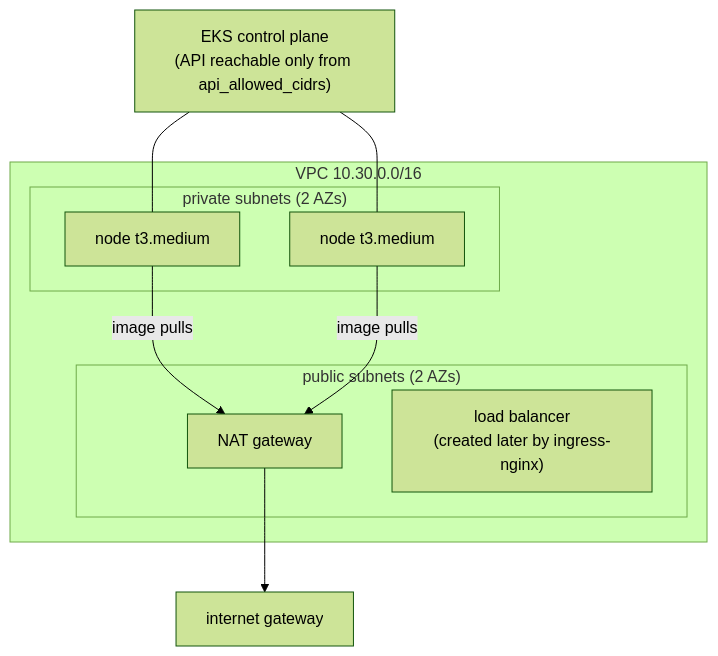
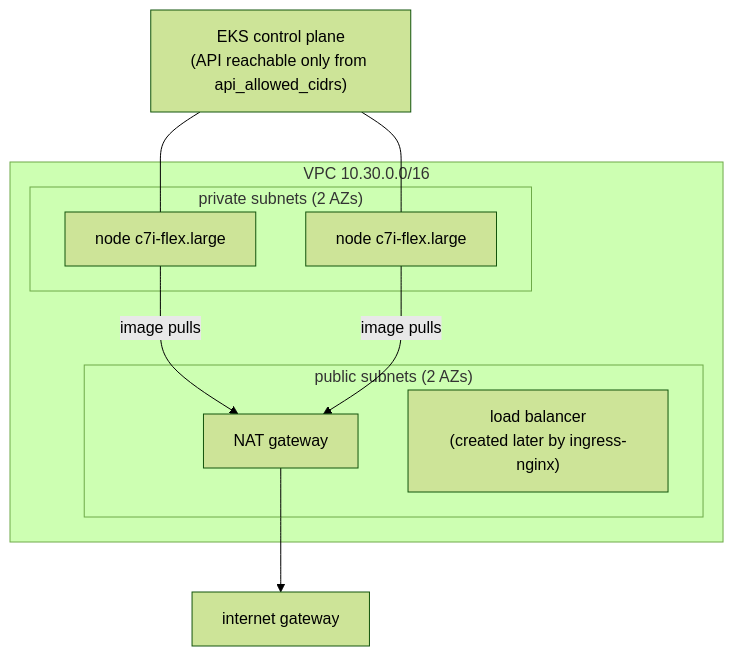
Before and after one commit to AnshulMohanty/DevOps-CapStone-Project: the diagram in terraform/README.md, drawn with Mermaid (forest theme). The commit also changed other lines of this file and 3 other files, not shown here.

Commit message:
Run EKS within the account's guardrails: Free-Tier c7i-flex.large nodes and EKS Pod Identity instead of IRSA

````diff
--- a/terraform/README.md
+++ b/terraform/README.md
@@ -6,15 +6,15 @@
 ```mermaid
 flowchart TB
     subgraph VPC["VPC 10.30.0.0/16"]
         subgraph PUB["public subnets (2 AZs)"]
             NAT["NAT gateway"]
             ELB["load balancer<br/>(created later by ingress-nginx)"]
         end
         subgraph PRIV["private subnets (2 AZs)"]
-            N1["node t3.medium"]
-            N2["node t3.medium"]
+            N1["node c7i-flex.large"]
+            N2["node c7i-flex.large"]
         end
     end
     CP["EKS control plane<br/>(API reachable only from api_allowed_cidrs)"] --- N1 & N2
     N1 & N2 -->|"image pulls"| NAT --> IGW["internet gateway"]
 ```
````
